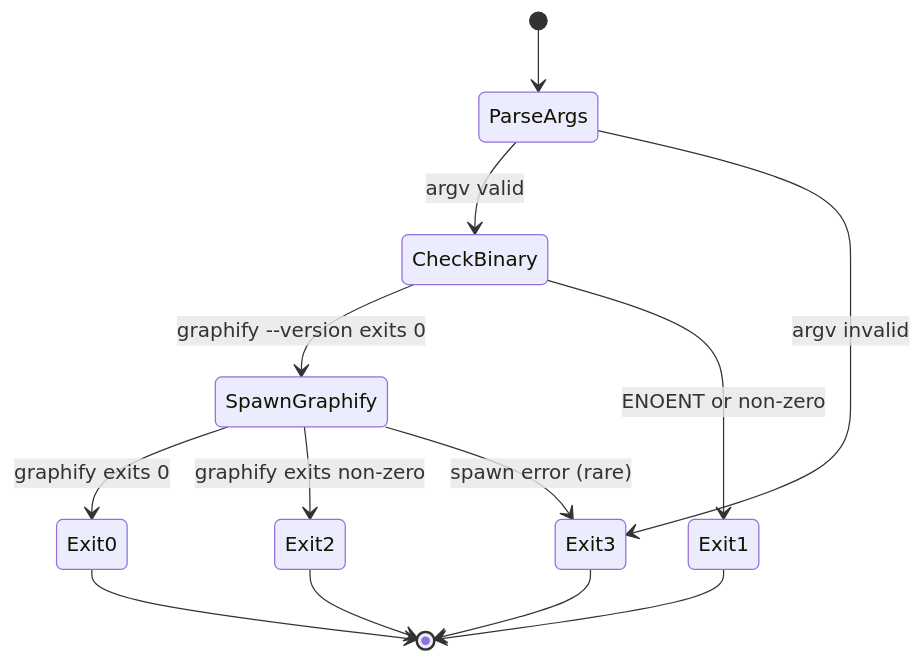
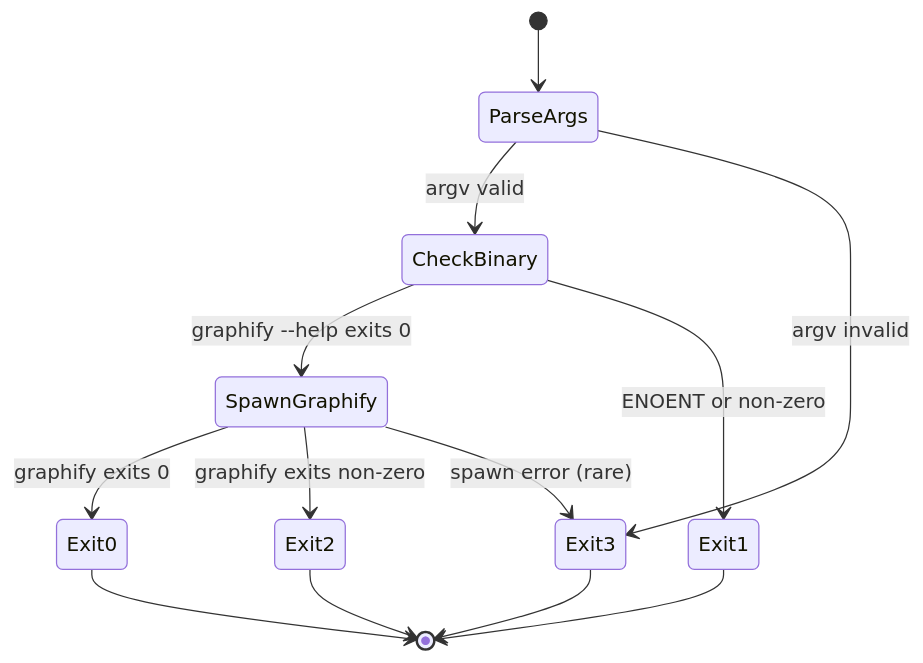
One commit to Luis85/agentic-workflow changed the diagram in specs/graphify-integration/spec.md. Above: the diagram before and after it, drawn with Mermaid. The commit also changed other lines of this file and 29 other files, not shown here.

First line of the commit message:
feat(graph): add graphify knowledge graph tooling (#279)

````diff
--- a/specs/graphify-integration/spec.md
+++ b/specs/graphify-integration/spec.md
@@ -228,15 +230,15 @@
 ```mermaid
 stateDiagram-v2
   [*] --> ParseArgs
   ParseArgs --> CheckBinary: argv valid
   ParseArgs --> Exit3: argv invalid
-  CheckBinary --> SpawnGraphify: graphify --version exits 0
+  CheckBinary --> SpawnGraphify: graphify --help exits 0
   CheckBinary --> Exit1: ENOENT or non-zero
   SpawnGraphify --> Exit0: graphify exits 0
   SpawnGraphify --> Exit2: graphify exits non-zero
   SpawnGraphify --> Exit3: spawn error (rare)
   Exit0 --> [*]
   Exit1 --> [*]
   Exit2 --> [*]
   Exit3 --> [*]
 ```
````
